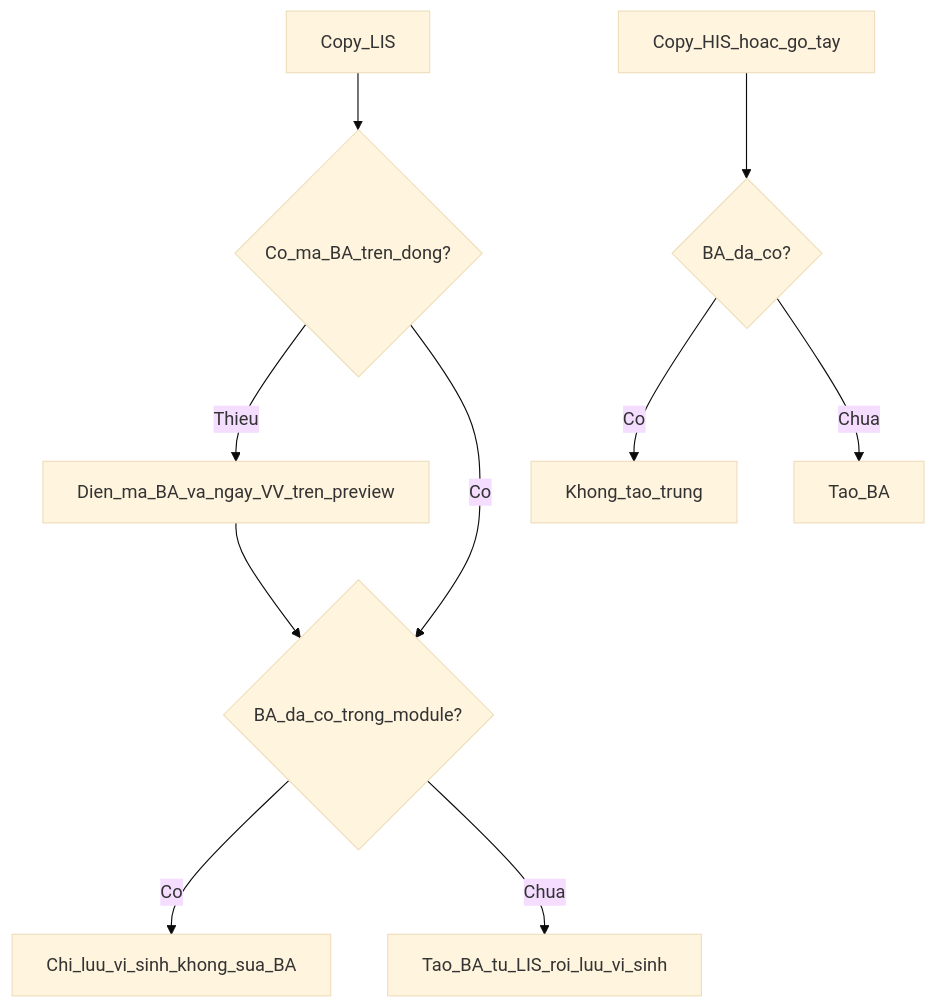
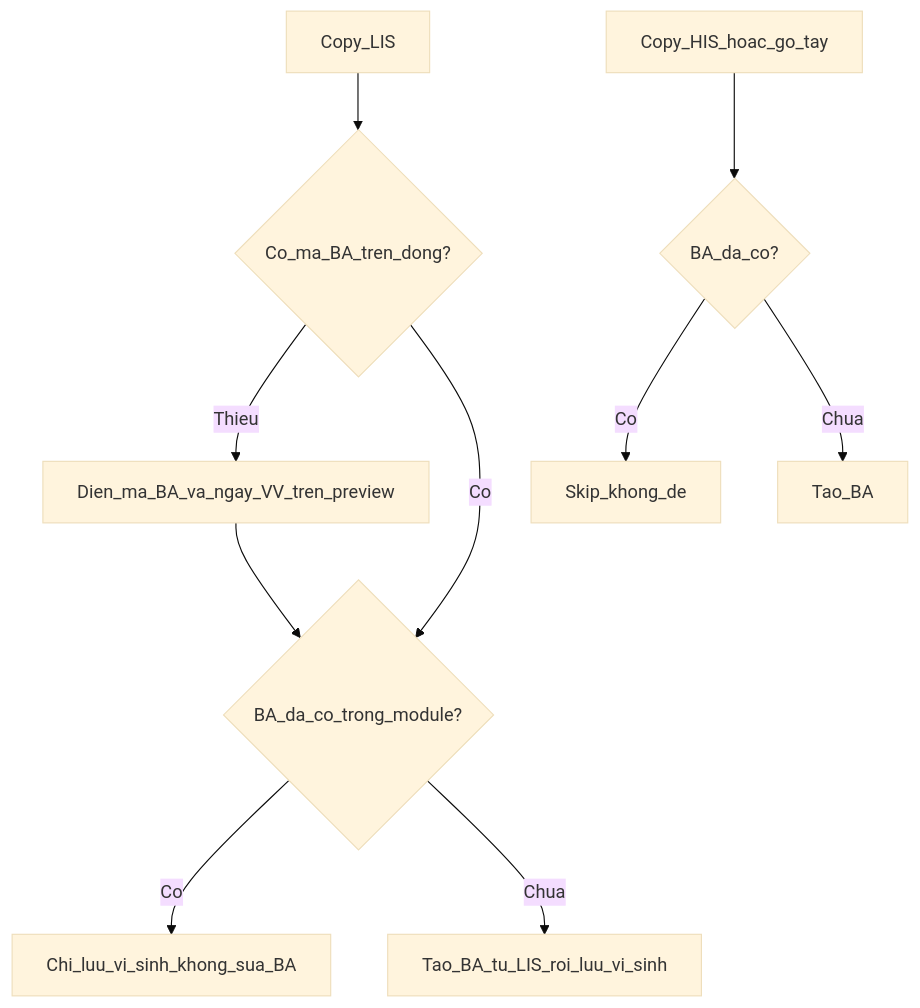
One commit to ksnkbv103-droid/ksnk_bv103_V2 changed the diagram in docs/modules/nkbv/hai-identification-data-flow-20260827.md. Above: the diagram before and after it, drawn with Mermaid (base theme). The commit also changed other lines of this file, not shown here.

First line of the commit message:
docs(nkbv): đồng bộ giấy import BA — đã có mã thì skip, không đè (#41)

````diff
--- a/docs/modules/nkbv/hai-identification-data-flow-20260827.md
+++ b/docs/modules/nkbv/hai-identification-data-flow-20260827.md
@@ -60,12 +64,12 @@
 ```mermaid
 flowchart TD
   L[Copy_LIS] --> V{Co_ma_BA_tren_dong?}
   V -- Thieu --> P[Dien_ma_BA_va_ngay_VV_tren_preview]
   V -- Co --> Q{BA_da_co_trong_module?}
   P --> Q
   Q -- Co --> S[Chi_luu_vi_sinh_khong_sua_BA]
   Q -- Chua --> N[Tao_BA_tu_LIS_roi_luu_vi_sinh]
   H[Copy_HIS_hoac_go_tay] --> Q2{BA_da_co?}
-  Q2 -- Co --> K[Khong_tao_trung]
+  Q2 -- Co --> K[Skip_khong_de]
   Q2 -- Chua --> N2[Tao_BA]
 ```
````
